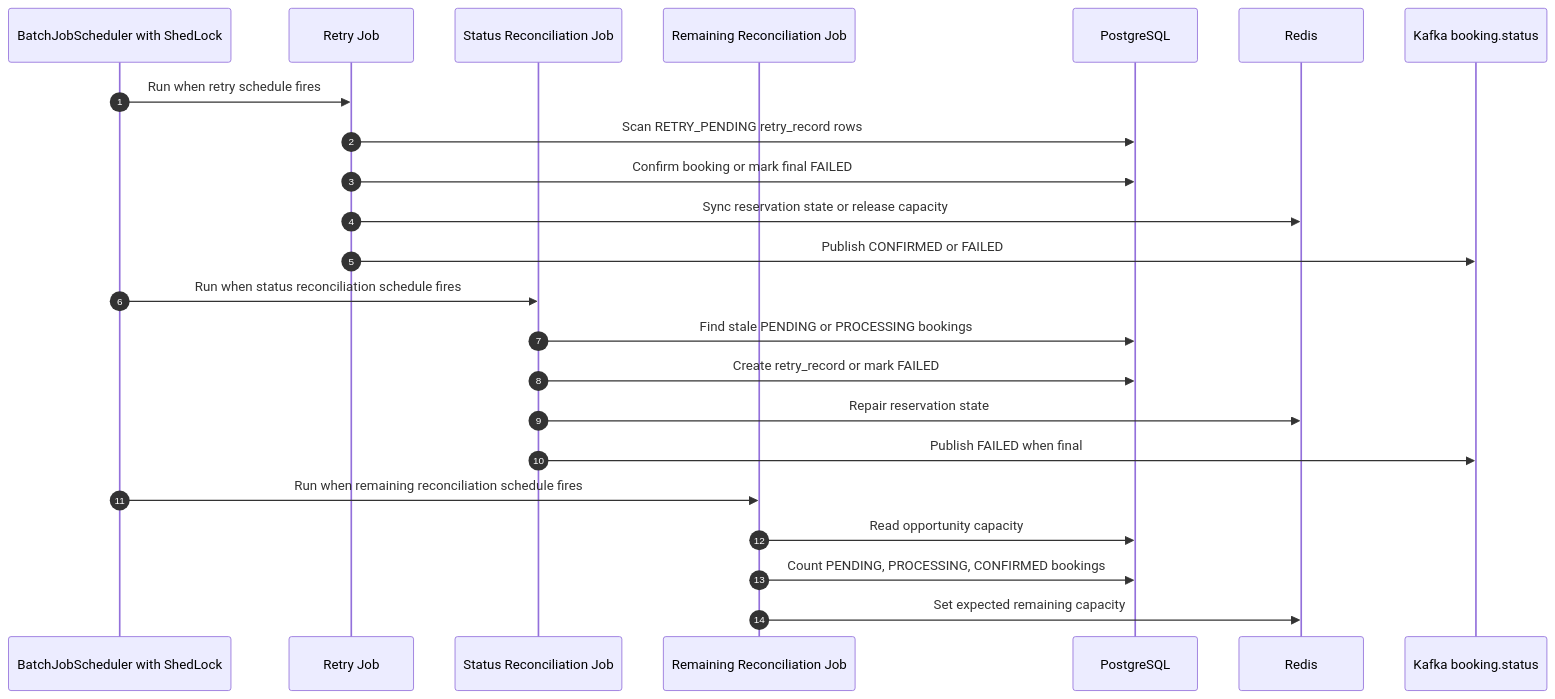
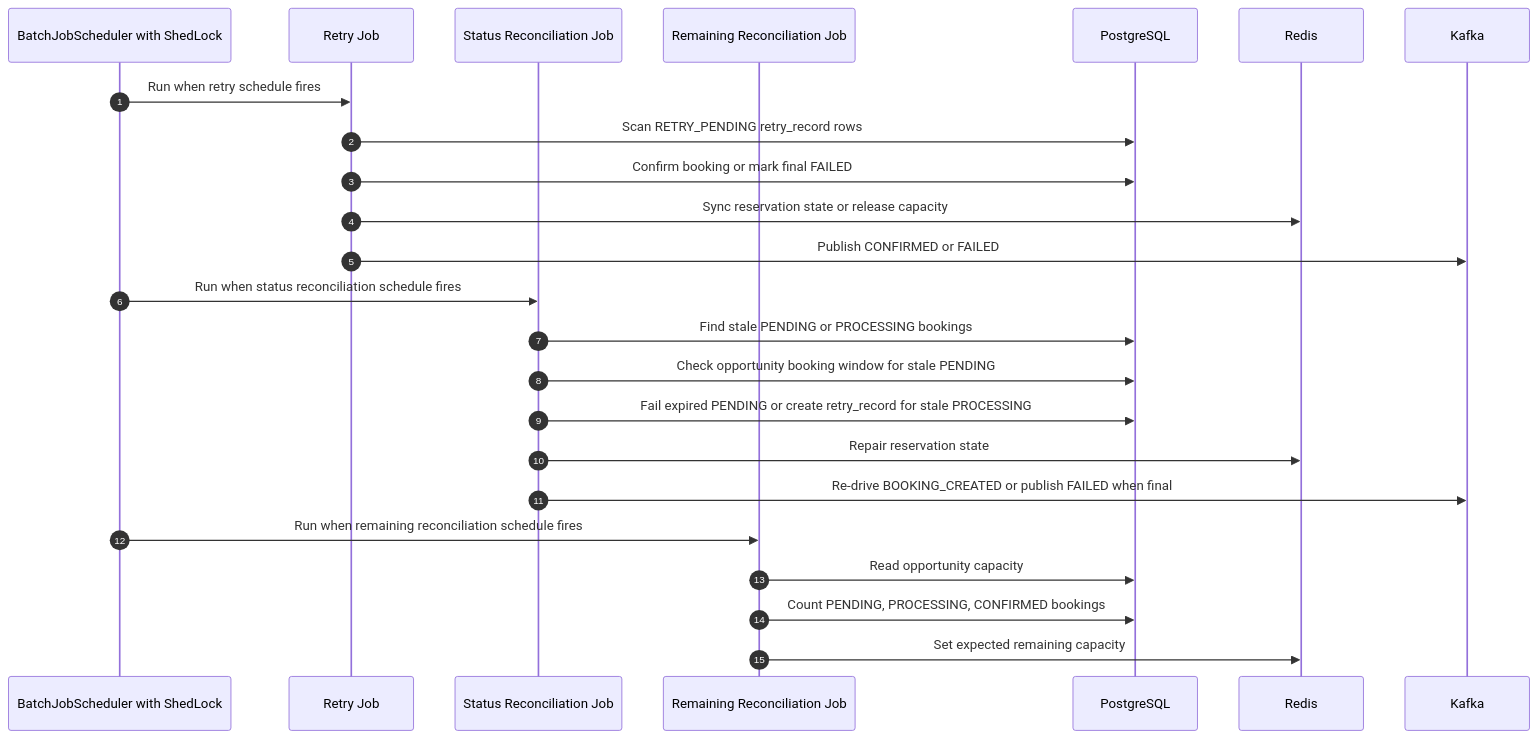
The fourth of 5 diagrams in README.md (TienHa2504/delivery-booking-system), drawn with Mermaid before and after one commit. The commit also changed other lines of this file and 14 other files, not shown here.

````diff
--- a/README.md
+++ b/README.md
@@ -202,28 +224,29 @@
 ```mermaid
 sequenceDiagram
     autonumber
     participant Scheduler as BatchJobScheduler with ShedLock
     participant RetryJob as Retry Job
     participant StatusJob as Status Reconciliation Job
     participant RemainingJob as Remaining Reconciliation Job
     participant DB as PostgreSQL
     participant Redis as Redis
-    participant Kafka as Kafka booking.status
+    participant Kafka as Kafka
 
     Scheduler->>RetryJob: Run when retry schedule fires
     RetryJob->>DB: Scan RETRY_PENDING retry_record rows
     RetryJob->>DB: Confirm booking or mark final FAILED
     RetryJob->>Redis: Sync reservation state or release capacity
     RetryJob->>Kafka: Publish CONFIRMED or FAILED
 
     Scheduler->>StatusJob: Run when status reconciliation schedule fires
     StatusJob->>DB: Find stale PENDING or PROCESSING bookings
-    StatusJob->>DB: Create retry_record or mark FAILED
+    StatusJob->>DB: Check opportunity booking window for stale PENDING
+    StatusJob->>DB: Fail expired PENDING or create retry_record for stale PROCESSING
     StatusJob->>Redis: Repair reservation state
-    StatusJob->>Kafka: Publish FAILED when final
+    StatusJob->>Kafka: Re-drive BOOKING_CREATED or publish FAILED when final
 
     Scheduler->>RemainingJob: Run when remaining reconciliation schedule fires
     RemainingJob->>DB: Read opportunity capacity
     RemainingJob->>DB: Count PENDING, PROCESSING, CONFIRMED bookings
     RemainingJob->>Redis: Set expected remaining capacity
 ```
````
